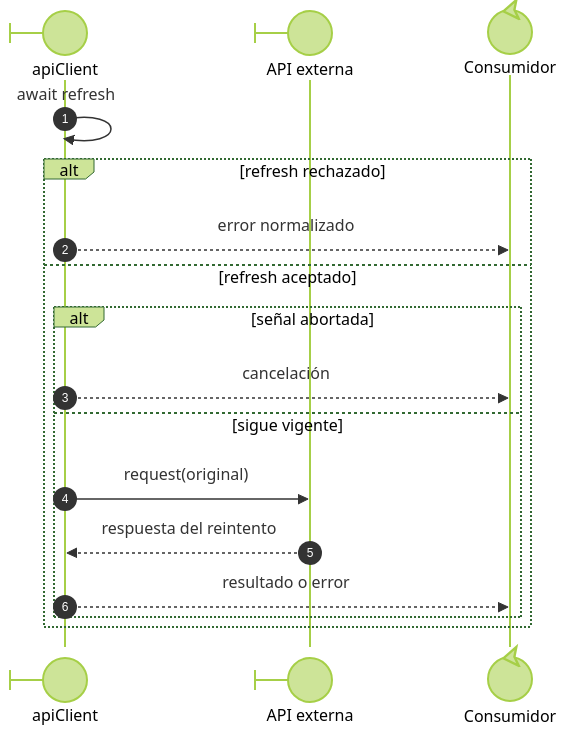
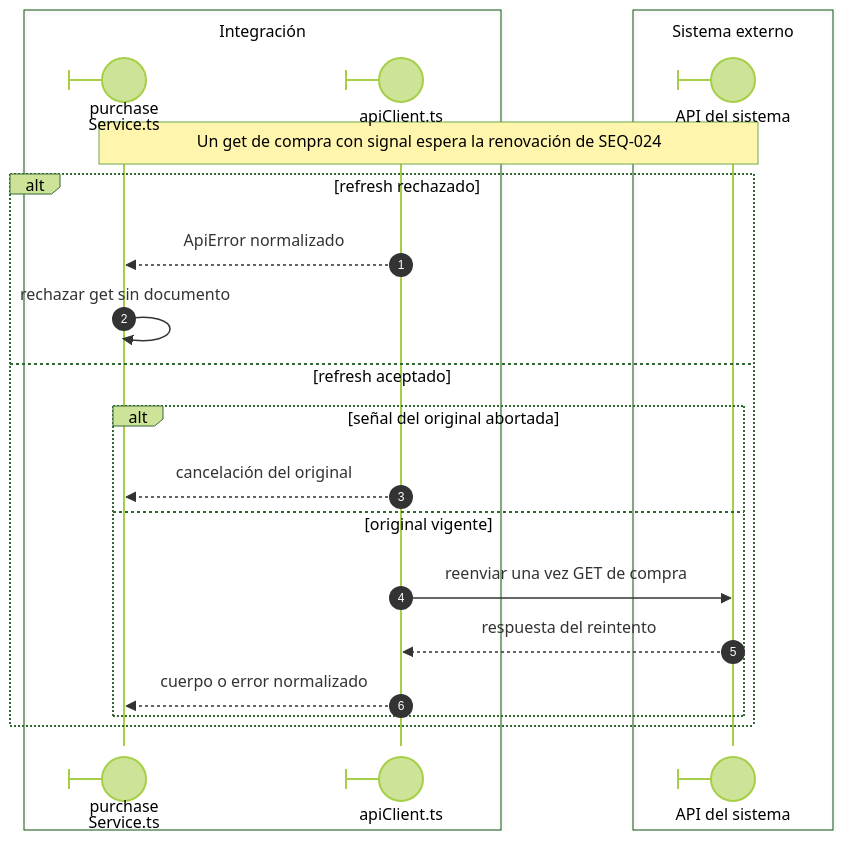
Before and after one commit to gpgsistemas01/nexus: the second of 2 diagrams in front/docs/architecture/views/processes/01-session/04-concurrent-renewal.md, drawn with Mermaid (forest theme). The commit also changed other lines of this file and 46 other files, not shown here.

````diff
--- a/front/docs/architecture/views/processes/01-session/04-concurrent-renewal.md
+++ b/front/docs/architecture/views/processes/01-session/04-concurrent-renewal.md
@@ -37,19 +41,24 @@
 ```mermaid
 sequenceDiagram
     autonumber
-    participant Client@{ "type": "boundary" } as apiClient
-    participant API@{ "type": "boundary" } as API externa
-    participant Owner@{ "type": "control" } as Consumidor
-    Client->>Client: await refresh
+    box Integración
+    participant Owner@{ "type": "boundary" } as purchase<br/>Service.ts
+    participant HTTP@{ "type": "boundary" } as apiClient.ts
+    end
+    box Sistema externo
+    participant API@{ "type": "boundary" } as API del sistema
+    end
+    Note over Owner,API: Un get de compra con signal espera la renovación de SEQ-024
     alt refresh rechazado
-        Client-->>Owner: error normalizado
+        HTTP-->>Owner: ApiError normalizado
+        Owner->>Owner: rechazar get sin documento
     else refresh aceptado
-        alt señal abortada
-            Client-->>Owner: cancelación
-        else sigue vigente
-            Client->>API: request(original)
-            API-->>Client: respuesta del reintento
-            Client-->>Owner: resultado o error
+        alt señal del original abortada
+            HTTP-->>Owner: cancelación del original
+        else original vigente
+            HTTP->>API: reenviar una vez GET de compra
+            API-->>HTTP: respuesta del reintento
+            HTTP-->>Owner: cuerpo o error normalizado
         end
     end
 ```
````
